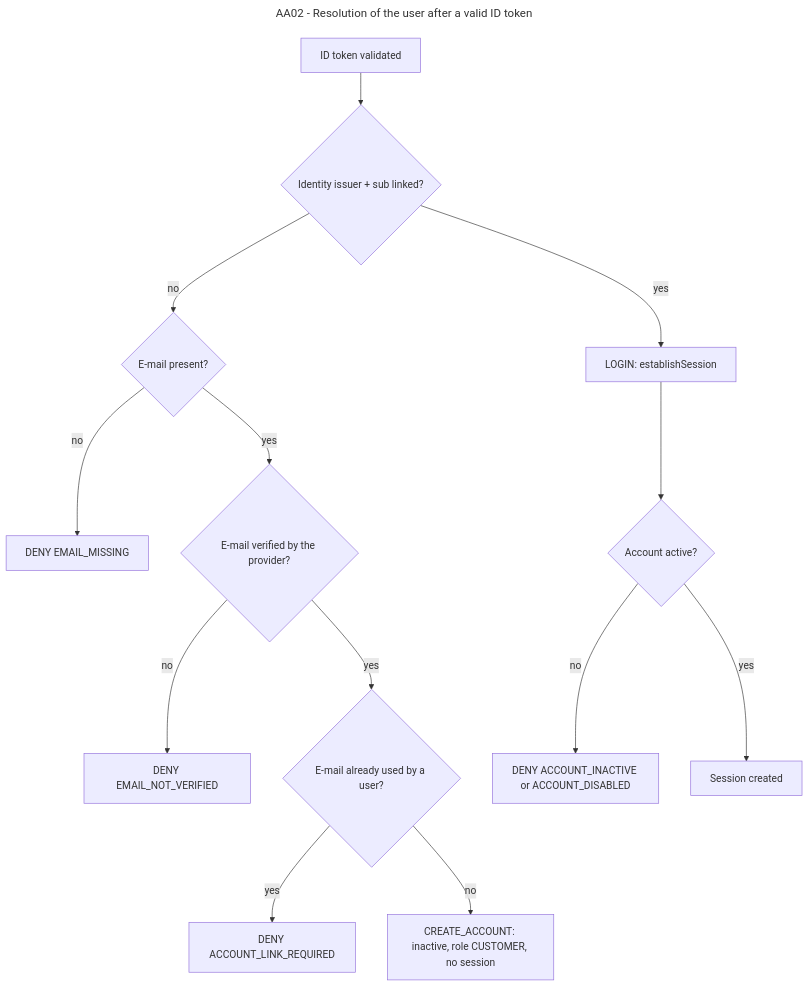
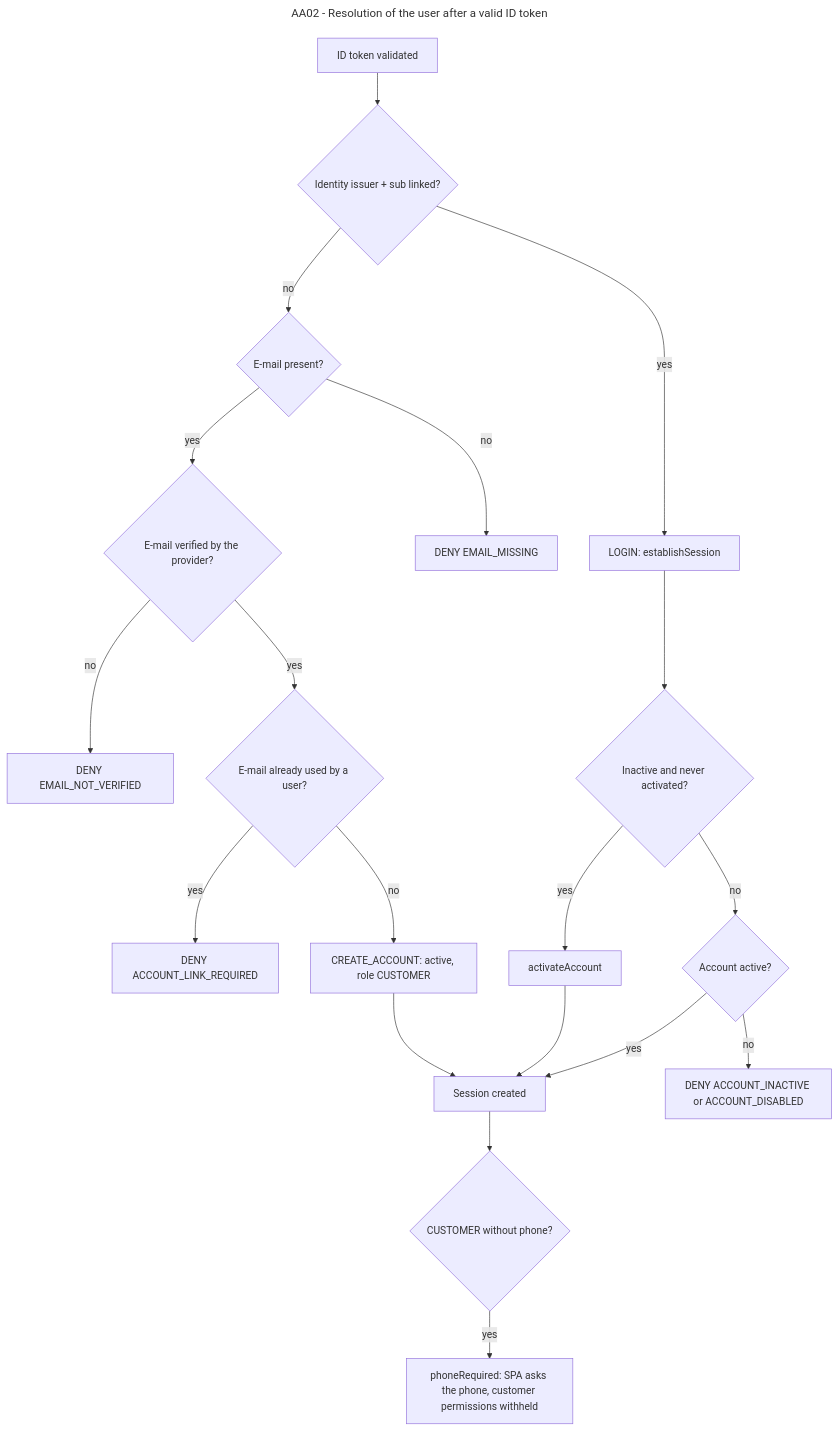
Before and after one commit to ivasduarte/laprizza: the third of 4 diagrams in docs/flows/authentication/external-authentication.md, drawn with Mermaid. The commit also changed other lines of this file and 14 other files, not shown here.

````diff
--- a/docs/flows/authentication/external-authentication.md
+++ b/docs/flows/authentication/external-authentication.md
@@ -175,18 +188,23 @@
 ```mermaid
 ---
 title: "AA02 - Resolution of the user after a valid ID token"
 ---
 flowchart TD
     A["ID token validated"] --> B{"Identity issuer + sub linked?"}
     B -- yes --> L["LOGIN: establishSession"]
     B -- no --> C{"E-mail present?"}
     C -- no --> D1["DENY EMAIL_MISSING"]
     C -- yes --> E{"E-mail verified by the provider?"}
     E -- no --> D2["DENY EMAIL_NOT_VERIFIED"]
     E -- yes --> F{"E-mail already used by a user?"}
     F -- yes --> D3["DENY ACCOUNT_LINK_REQUIRED"]
-    F -- no --> N["CREATE_ACCOUNT: inactive, role CUSTOMER, no session"]
-    L --> G{"Account active?"}
+    F -- no --> N["CREATE_ACCOUNT: active, role CUSTOMER"]
+    N --> OK
+    L --> P{"Inactive and never activated?"}
+    P -- yes --> ACT["activateAccount"] --> OK
+    P -- no --> G{"Account active?"}
     G -- no --> D4["DENY ACCOUNT_INACTIVE or ACCOUNT_DISABLED"]
     G -- yes --> OK["Session created"]
+    OK --> PH{"CUSTOMER without phone?"}
+    PH -- yes --> CP["phoneRequired: SPA asks the phone, customer permissions withheld"]
 ```
````
